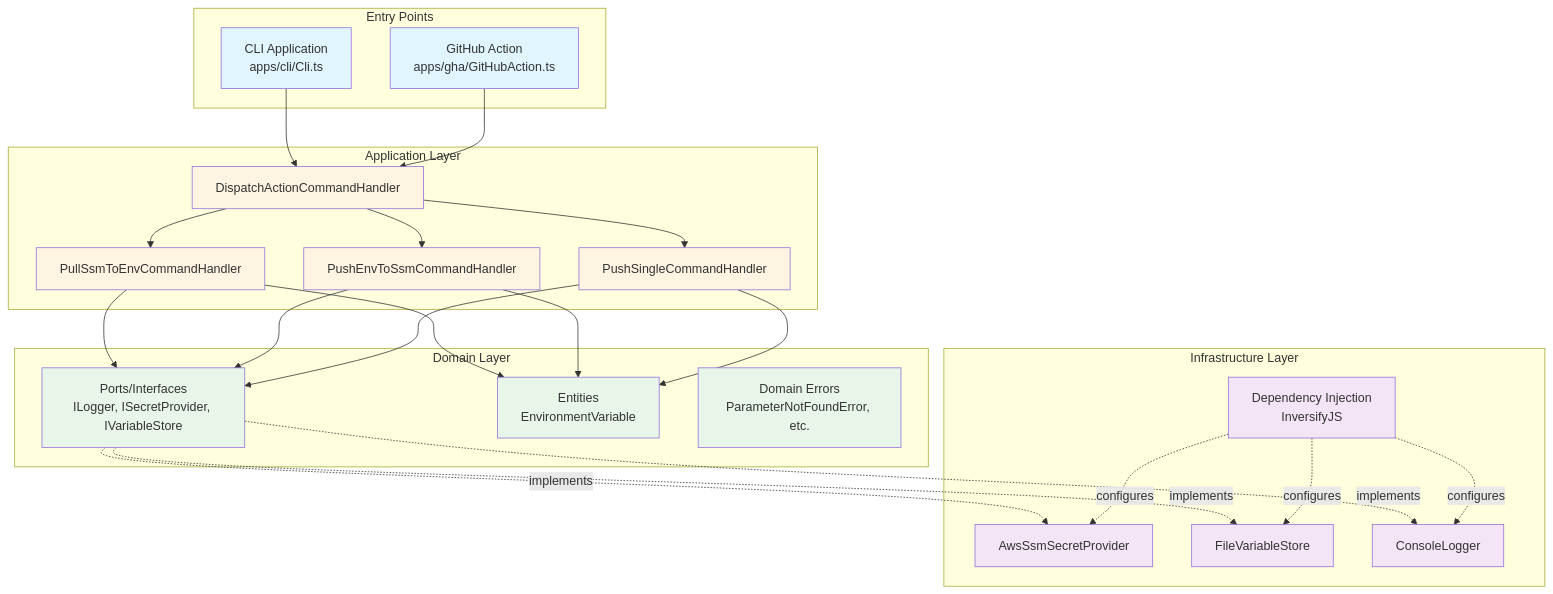
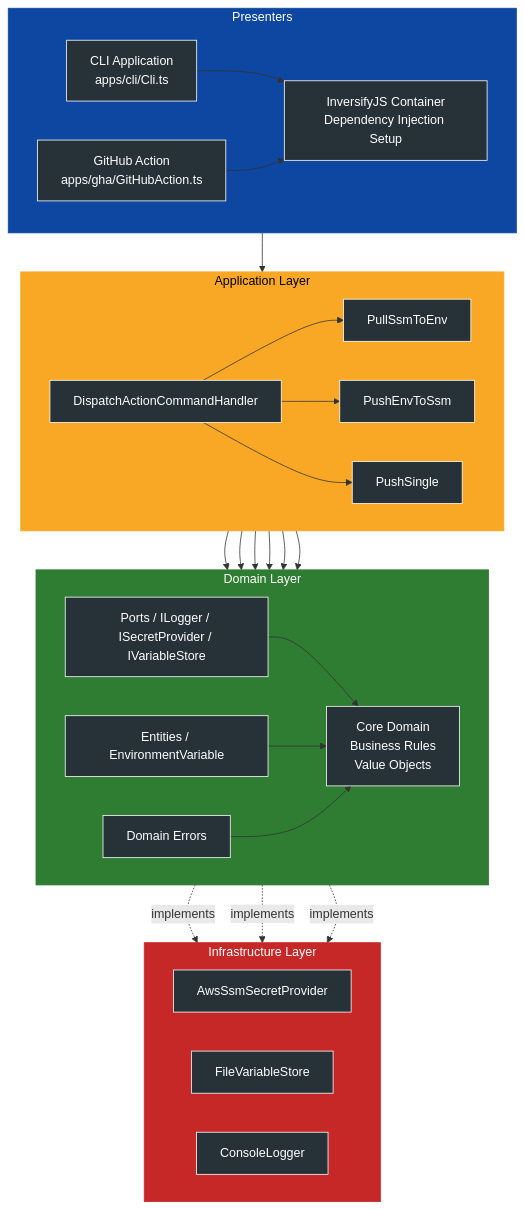
The first of 4 diagrams in docs/architecture/README.md (macalbert/envilder), drawn with Mermaid before and after one commit. The commit also changed other lines of this file and 2 other files, not shown here.

````diff
--- a/docs/architecture/README.md
+++ b/docs/architecture/README.md
@@ -10,63 +20,78 @@
 ```mermaid
-graph TB
-    subgraph "Entry Points"
-        CLI[CLI Application<br/>apps/cli/Cli.ts]
-        GHA[GitHub Action<br/>apps/gha/GitHubAction.ts]
-    end
+flowchart TB
 
-    subgraph "Application Layer"
-        DISPATCH[DispatchActionCommandHandler]
-        PULL[PullSsmToEnvCommandHandler]
-        PUSH[PushEnvToSsmCommandHandler]
-        SINGLE[PushSingleCommandHandler]
-    end
+%% ==== STYLES ====
+classDef node fill:#263238,stroke:#FFFFFF,color:#FFFFFF;
 
-    subgraph "Domain Layer"
-        PORTS[Ports/Interfaces<br/>ILogger, ISecretProvider, IVariableStore]
-        ENTITIES[Entities<br/>EnvironmentVariable]
-        ERRORS[Domain Errors<br/>ParameterNotFoundError, etc.]
-    end
+%% ================= INFRASTRUCTURE LAYER (RED BG) =================
+subgraph INFRA["Infrastructure Layer"]
+    direction LR
+    AWS[AwsSsmSecretProvider]
+    FILE[FileVariableStore]
+    LOG[ConsoleLogger]
+end
+class AWS,FILE,LOG node
+style INFRA fill:#C62828,stroke:#C62828,color:#FFFFFF
 
-    subgraph "Infrastructure Layer"
-        AWS[AwsSsmSecretProvider]
-        FILE[FileVariableStore]
-        LOGGER[ConsoleLogger]
-        DI[Dependency Injection<br/>InversifyJS]
-    end
+%% ================= APPLICATION LAYER (YELLOW BG) =================
+subgraph APP["Application Layer"]
+    direction LR
+    DISPATCH[DispatchActionCommandHandler]
+    PULL[PullSsmToEnv]
+    PUSH[PushEnvToSsm]
+    SINGLE[PushSingle]
+end
+class DISPATCH,PULL,PUSH,SINGLE node
+style APP fill:#F9A825,stroke:#F9A825,color:#000000
 
-    CLI --> DISPATCH
-    GHA --> DISPATCH
-    DISPATCH --> PULL
-    DISPATCH --> PUSH
-    DISPATCH --> SINGLE
-    
-    PULL --> PORTS
-    PUSH --> PORTS
-    SINGLE --> PORTS
-    
-    PORTS -.implements.-> AWS
-    PORTS -.implements.-> FILE
-    PORTS -.implements.-> LOGGER
-    
-    PULL --> ENTITIES
-    PUSH --> ENTITIES
-    SINGLE --> ENTITIES
-    
-    DI -.configures.-> AWS
-    DI -.configures.-> FILE
-    DI -.configures.-> LOGGER
+%% ================= DOMAIN LAYER (GREEN BG, WITH CORE) =================
+subgraph DOMAIN["Domain Layer"]
+    direction LR
+    PORTS[Ports / ILogger / ISecretProvider / IVariableStore]
+    ERR[Domain Errors]
+    ENT[Entities / EnvironmentVariable]
+    CORE[Core Domain<br/>Business Rules<br/>Value Objects]
+end
+class PORTS,ERR,ENT,CORE node
+style DOMAIN fill:#2E7D32,stroke:#2E7D32,color:#FFFFFF
 
-    style CLI fill:#e1f5ff
-    style GHA fill:#e1f5ff
-    style DISPATCH fill:#fff4e1
-    style PULL fill:#fff4e1
-    style PUSH fill:#fff4e1
-    style SINGLE fill:#fff4e1
-    style PORTS fill:#e8f5e9
-    style ENTITIES fill:#e8f5e9
-    style ERRORS fill:#e8f5e9
-    style AWS fill:#f3e5f5
-    style FILE fill:#f3e5f5
-    style LOGGER fill:#f3e5f5
-    style DI fill:#f3e5f5
+%% ================= PRESENTERS + DI (BLUE BG) =================
+subgraph PRESENTERS["Presenters"]
+    direction LR
+    CLI[CLI Application<br/>apps/cli/Cli.ts]
+    GHA[GitHub Action<br/>apps/gha/GitHubAction.ts]
+    DI[InversifyJS Container<br/>Dependency Injection Setup]
+end
+class CLI,GHA,DI node
+style PRESENTERS fill:#0D47A1,stroke:#0D47A1,color:#FFFFFF
+
+%% ================= FLOWS =================
+
+%% Presenters → DI → App
+CLI --> DI
+GHA --> DI
+DI --> DISPATCH
+
+%% App → Domain
+DISPATCH --> PULL
+DISPATCH --> PUSH
+DISPATCH --> SINGLE
+
+PULL --> PORTS
+PUSH --> PORTS
+SINGLE --> PORTS
+
+PULL --> ENT
+PUSH --> ENT
+SINGLE --> ENT
+
+%% Domain → Core
+PORTS --> CORE
+ENT --> CORE
+ERR --> CORE
+
+%% Infra → Domain (implement ports)
+PORTS -.implements.-> AWS
+PORTS -.implements.-> FILE
+PORTS -.implements.-> LOG
 ```
````
